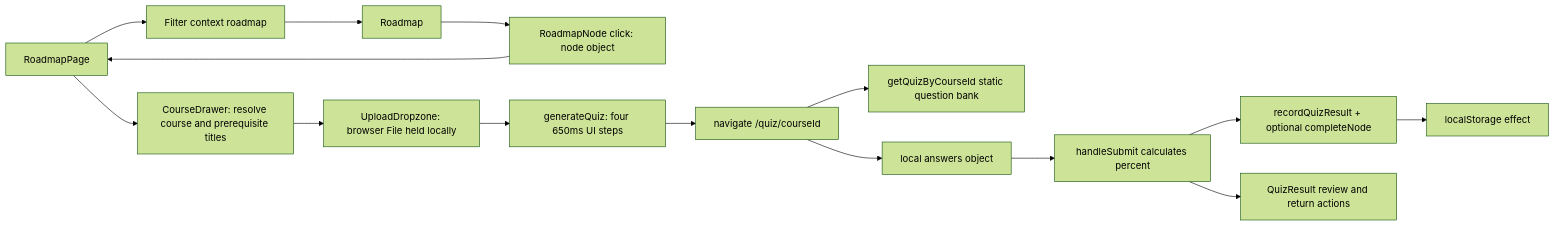
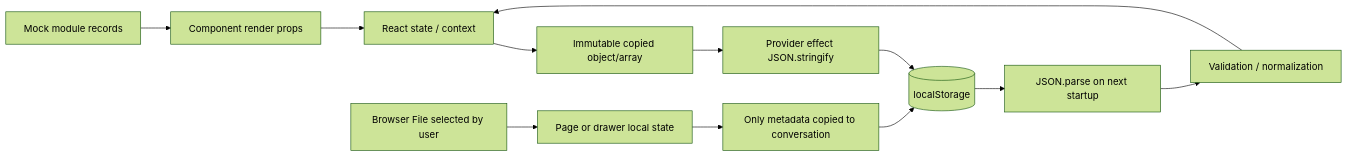
The third of 5 diagrams in UNDERSTANDING.md (SaurabhLokhande2408/KushalAI), drawn with Mermaid (forest theme) before and after one commit. The commit also changed other lines of this file and 28 other files, not shown here.

````diff
--- a/UNDERSTANDING.md
+++ b/UNDERSTANDING.md
@@ -140,17 +110,14 @@
 ```mermaid
 flowchart LR
-  RP[RoadmapPage] --> FILTER[Filter context roadmap]
-  FILTER --> RM[Roadmap]
-  RM --> NODE[RoadmapNode click: node object]
-  NODE --> RP
-  RP --> CD[CourseDrawer: resolve course and prerequisite titles]
-  CD --> UP[UploadDropzone: browser File held locally]
-  UP --> TIMER[generateQuiz: four 650ms UI steps]
-  TIMER --> QUIZ[ navigate /quiz/courseId ]
-  QUIZ --> BANK[getQuizByCourseId static question bank]
-  QUIZ --> ANSWERS[local answers object]
-  ANSWERS --> SCORE[handleSubmit calculates percent]
-  SCORE --> CTX[recordQuizResult + optional completeNode]
-  CTX --> STORAGE[localStorage effect]
-  SCORE --> RESULT[QuizResult review and return actions]
+  MOCK[Mock module records] --> RENDER[Component render props]
+  RENDER --> STATE[React state / context]
+  STATE --> COPY[Immutable copied object/array]
+  COPY --> EFFECT[Provider effect JSON.stringify]
+  EFFECT --> STORE[(localStorage)]
+  STORE --> PARSE[JSON.parse on next startup]
+  PARSE --> NORMALIZE[Validation / normalization]
+  NORMALIZE --> STATE
+  FILE[Browser File selected by user] --> TEMP[Page or drawer local state]
+  TEMP --> META[Only metadata copied to conversation]
+  META --> STORE
 ```
````
